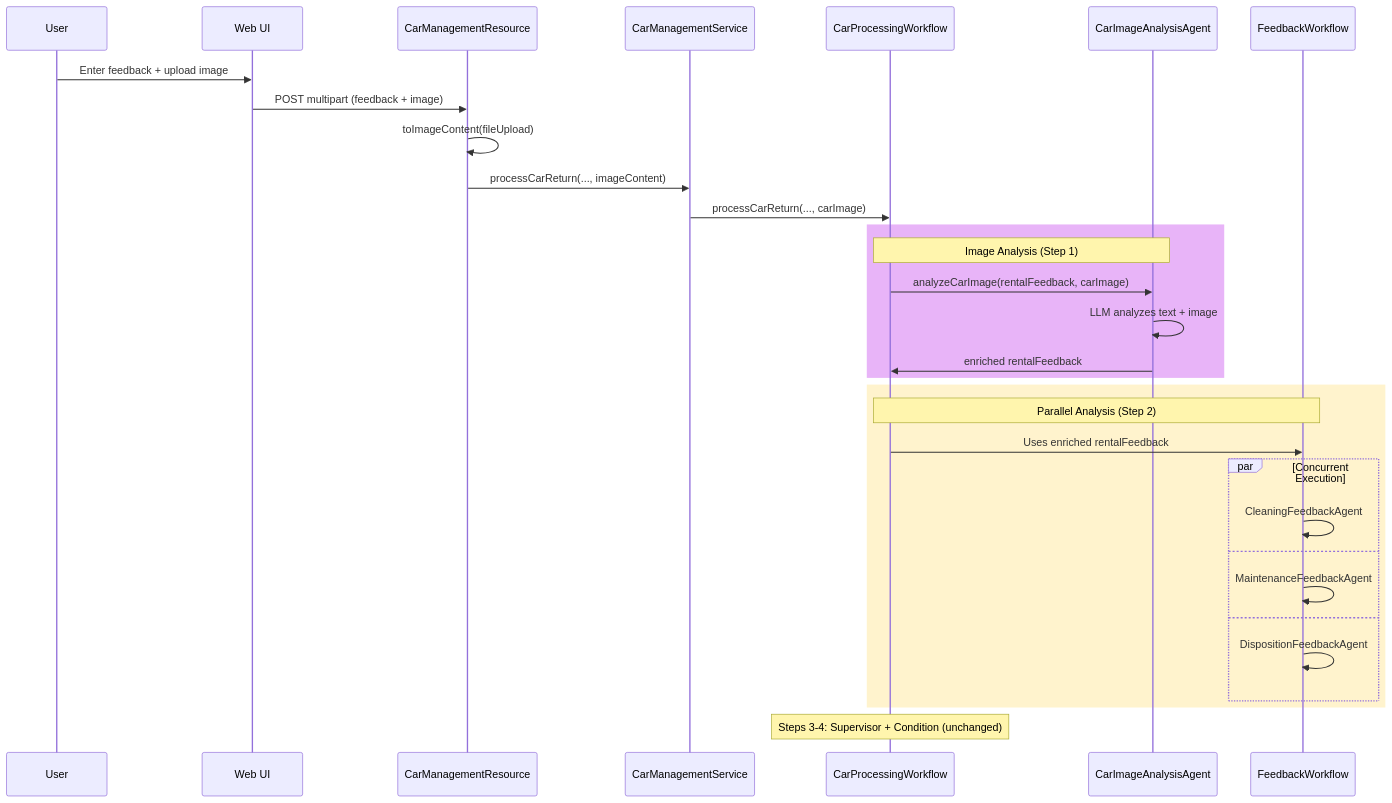
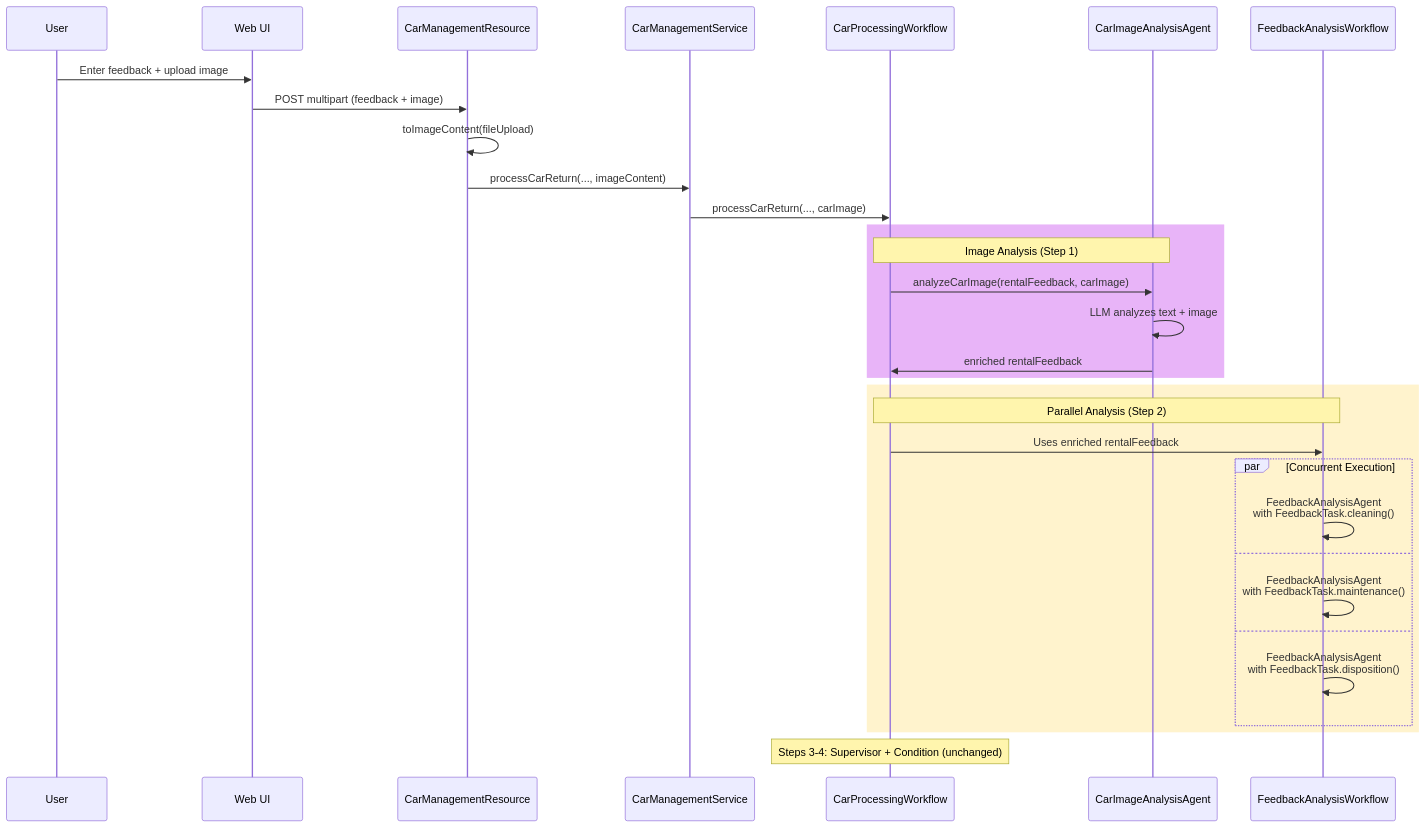
The second of 2 diagrams in docs/docs/section-2/step-06.md (quarkusio/quarkus-workshop-langchain4j), drawn with Mermaid before and after one commit. The commit also changed other lines of this file and 63 other files, not shown here.

First line of the commit message:
WIP: create single analysis agent with multiple parameters (#281)

````diff
--- a/docs/docs/section-2/step-06.md
+++ b/docs/docs/section-2/step-06.md
@@ -405,37 +406,37 @@
 ```mermaid
 sequenceDiagram
     participant User
     participant UI as Web UI
     participant REST as CarManagementResource
     participant Service as CarManagementService
     participant Workflow as CarProcessingWorkflow
     participant ImageAgent as CarImageAnalysisAgent
-    participant FeedbackWF as FeedbackWorkflow
+    participant FeedbackWF as FeedbackAnalysisWorkflow
 
     User->>UI: Enter feedback + upload image
     UI->>REST: POST multipart (feedback + image)
     REST->>REST: toImageContent(fileUpload)
     REST->>Service: processCarReturn(..., imageContent)
     Service->>Workflow: processCarReturn(..., carImage)
 
     rect rgb(232, 180, 248)
     Note over Workflow,ImageAgent: Image Analysis (Step 1)
     Workflow->>ImageAgent: analyzeCarImage(rentalFeedback, carImage)
     ImageAgent->>ImageAgent: LLM analyzes text + image
     ImageAgent->>Workflow: enriched rentalFeedback
     end
 
     rect rgb(255, 243, 205)
     Note over Workflow,FeedbackWF: Parallel Analysis (Step 2)
     Workflow->>FeedbackWF: Uses enriched rentalFeedback
     par Concurrent Execution
-        FeedbackWF->>FeedbackWF: CleaningFeedbackAgent
+        FeedbackWF->>FeedbackWF: FeedbackAnalysisAgent<br/>with FeedbackTask.cleaning()
     and
-        FeedbackWF->>FeedbackWF: MaintenanceFeedbackAgent
+        FeedbackWF->>FeedbackWF: FeedbackAnalysisAgent<br/>with FeedbackTask.maintenance()
     and
-        FeedbackWF->>FeedbackWF: DispositionFeedbackAgent
+        FeedbackWF->>FeedbackWF: FeedbackAnalysisAgent<br/>with FeedbackTask.disposition()
     end
     end
 
     Note over Workflow: Steps 3-4: Supervisor + Condition (unchanged)
 ```
````
